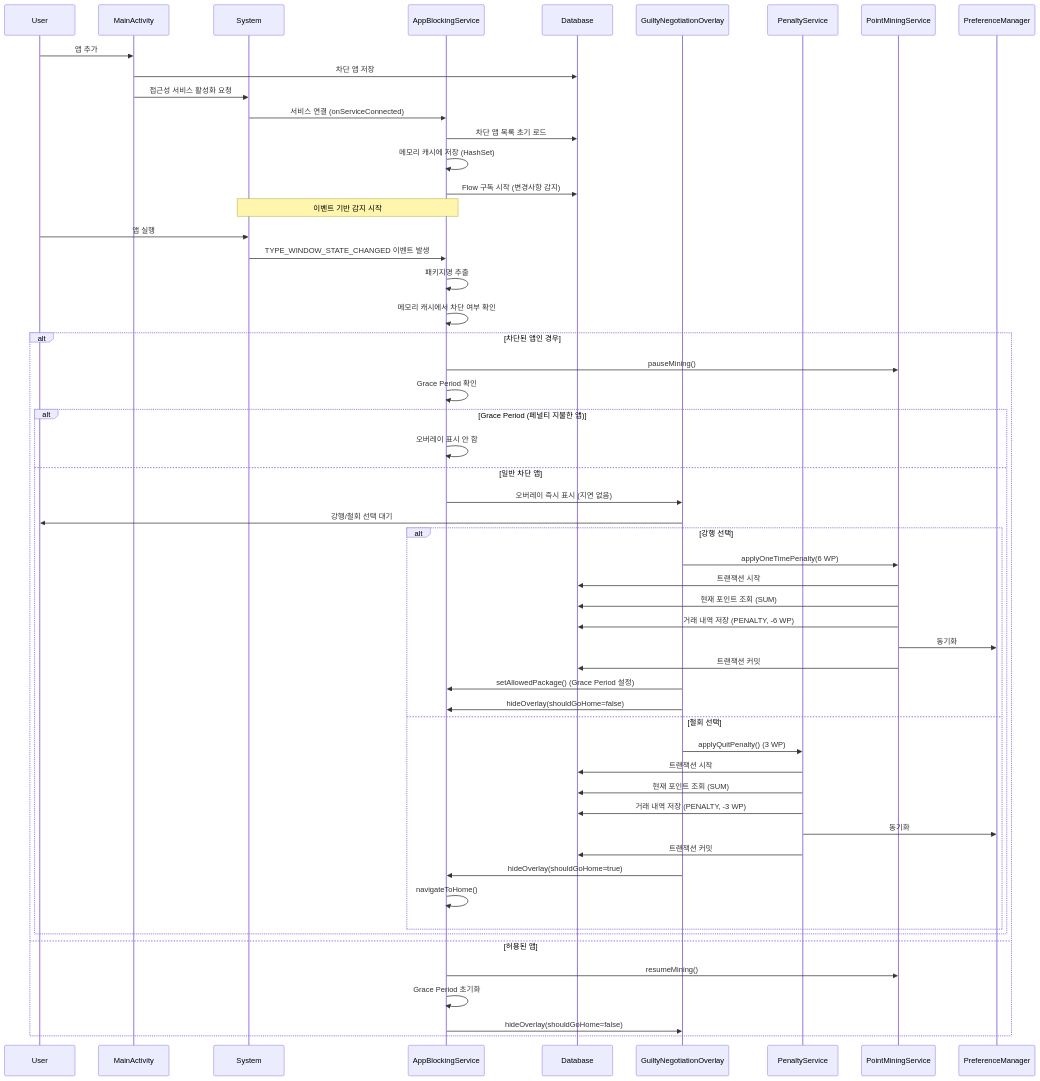
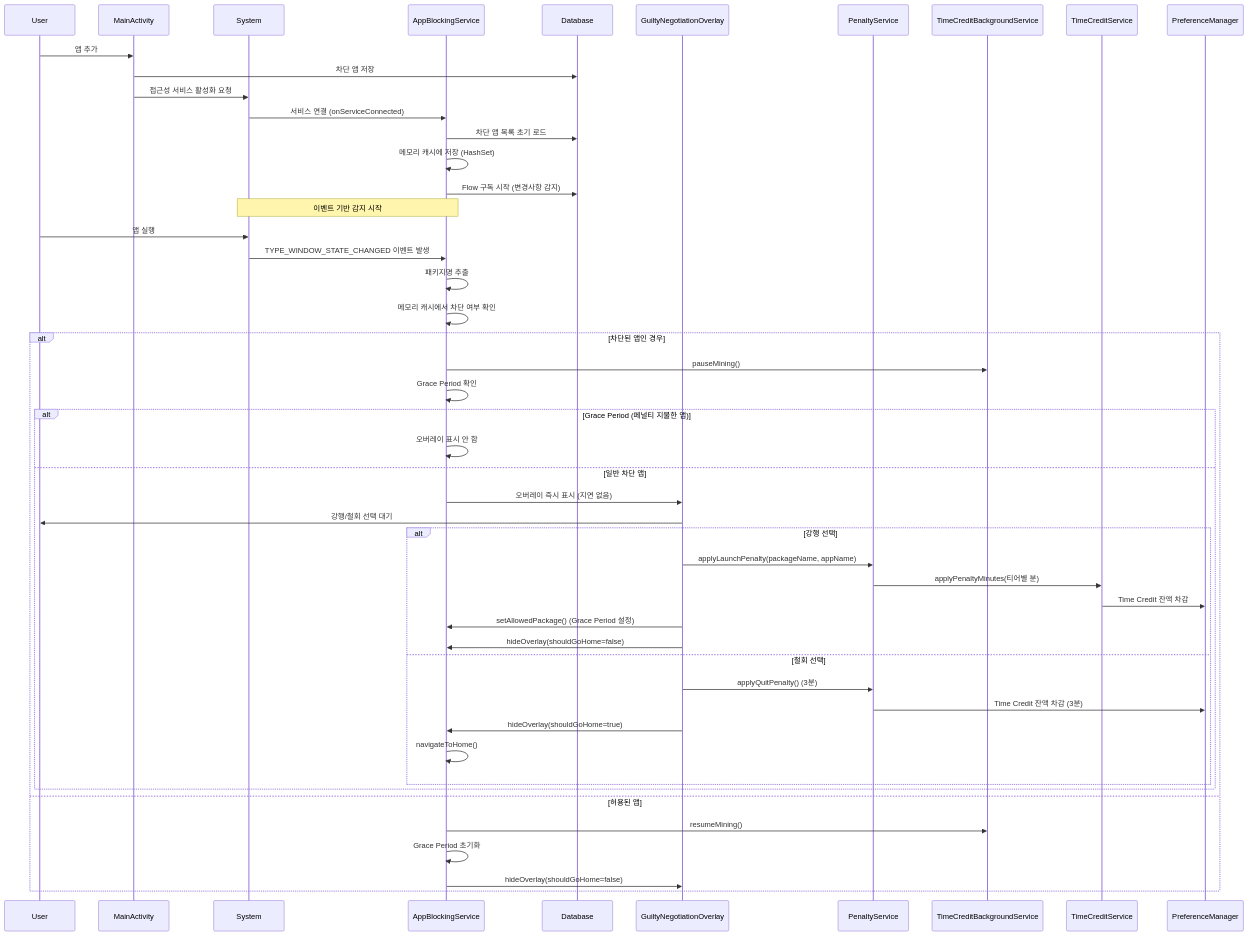
Before and after one commit to KDG12054345/-2: the first of 8 diagrams in docs/arch_events.md, drawn with Mermaid. The commit also changed other lines of this file and 55 other files, not shown here.

````diff
--- a/docs/arch_events.md
+++ b/docs/arch_events.md
@@ -13,62 +23,55 @@
 ```mermaid
 sequenceDiagram
     participant User
     participant MainActivity
     participant System
     participant AppBlockingService
     participant Database
     participant GuiltyNegotiationOverlay
     participant PenaltyService
 
     User->>MainActivity: 앱 추가
     MainActivity->>Database: 차단 앱 저장
     MainActivity->>System: 접근성 서비스 활성화 요청
     
     System->>AppBlockingService: 서비스 연결 (onServiceConnected)
     AppBlockingService->>Database: 차단 앱 목록 초기 로드
     AppBlockingService->>AppBlockingService: 메모리 캐시에 저장 (HashSet)
     AppBlockingService->>Database: Flow 구독 시작 (변경사항 감지)
     
     Note over System,AppBlockingService: 이벤트 기반 감지 시작
     
     User->>System: 앱 실행
     System->>AppBlockingService: TYPE_WINDOW_STATE_CHANGED 이벤트 발생
     AppBlockingService->>AppBlockingService: 패키지명 추출
     AppBlockingService->>AppBlockingService: 메모리 캐시에서 차단 여부 확인
     
     alt 차단된 앱인 경우
-        AppBlockingService->>PointMiningService: pauseMining()
+        AppBlockingService->>TimeCreditBackgroundService: pauseMining()
         AppBlockingService->>AppBlockingService: Grace Period 확인
         
         alt Grace Period (페널티 지불한 앱)
             AppBlockingService->>AppBlockingService: 오버레이 표시 안 함
         else 일반 차단 앱
             AppBlockingService->>GuiltyNegotiationOverlay: 오버레이 즉시 표시 (지연 없음)
             GuiltyNegotiationOverlay->>User: 강행/철회 선택 대기
             
             alt 강행 선택
-                GuiltyNegotiationOverlay->>PointMiningService: applyOneTimePenalty(6 WP)
-                PointMiningService->>Database: 트랜잭션 시작
-                PointMiningService->>Database: 현재 포인트 조회 (SUM)
-                PointMiningService->>Database: 거래 내역 저장 (PENALTY, -6 WP)
-                PointMiningService->>PreferenceManager: 동기화
-                PointMiningService->>Database: 트랜잭션 커밋
+                GuiltyNegotiationOverlay->>PenaltyService: applyLaunchPenalty(packageName, appName)
+                PenaltyService->>TimeCreditService: applyPenaltyMinutes(티어별 분)
+                TimeCreditService->>PreferenceManager: Time Credit 잔액 차감
                 GuiltyNegotiationOverlay->>AppBlockingService: setAllowedPackage() (Grace Period 설정)
                 GuiltyNegotiationOverlay->>AppBlockingService: hideOverlay(shouldGoHome=false)
             else 철회 선택
-                GuiltyNegotiationOverlay->>PenaltyService: applyQuitPenalty() (3 WP)
-                PenaltyService->>Database: 트랜잭션 시작
-                PenaltyService->>Database: 현재 포인트 조회 (SUM)
-                PenaltyService->>Database: 거래 내역 저장 (PENALTY, -3 WP)
-                PenaltyService->>PreferenceManager: 동기화
-                PenaltyService->>Database: 트랜잭션 커밋
+                GuiltyNegotiationOverlay->>PenaltyService: applyQuitPenalty() (3분)
+                PenaltyService->>PreferenceManager: Time Credit 잔액 차감 (3분)
                 GuiltyNegotiationOverlay->>AppBlockingService: hideOverlay(shouldGoHome=true)
                 AppBlockingService->>AppBlockingService: navigateToHome()
             end
         end
     else 허용된 앱
-        AppBlockingService->>PointMiningService: resumeMining()
+        AppBlockingService->>TimeCreditBackgroundService: resumeMining()
         AppBlockingService->>AppBlockingService: Grace Period 초기화
         AppBlockingService->>GuiltyNegotiationOverlay: hideOverlay(shouldGoHome=false)
     end
 ```
````
